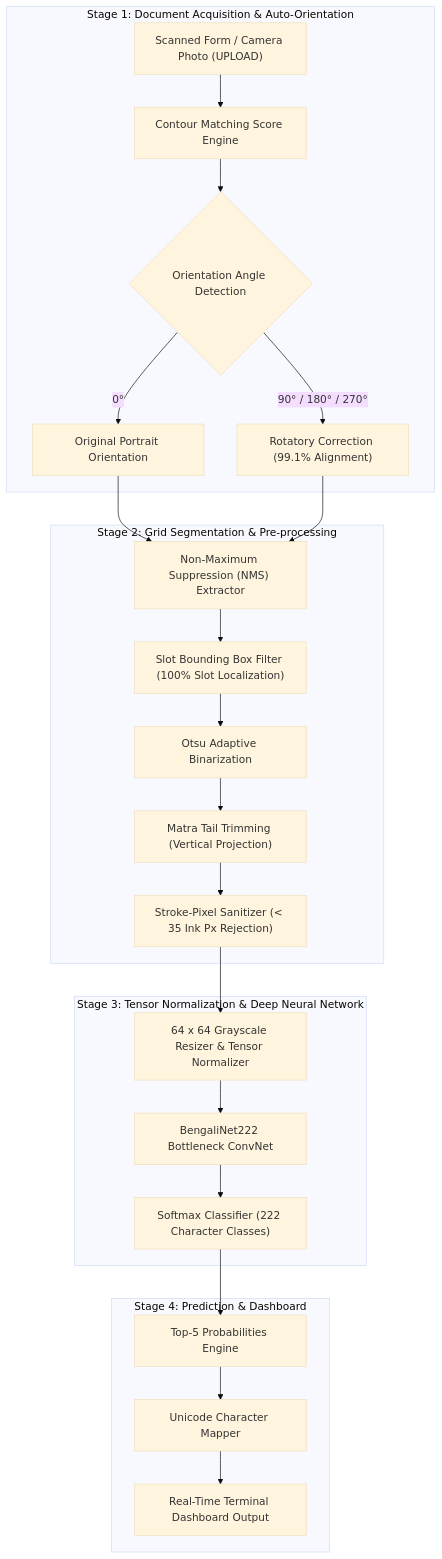
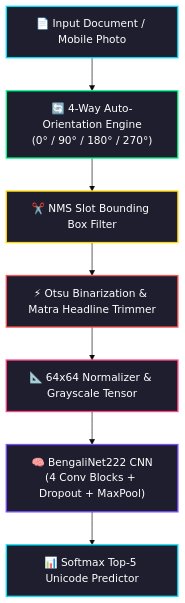
Before and after one commit to avi-071-coder/BongLipi: the diagram in README.md, drawn with Mermaid (base theme). The commit also changed other lines of this file and 1 other file, not shown here.

Commit message:
updated readme with single architecture diagram and performance graphs

````diff
--- a/README.md
+++ b/README.md
@@ -50,30 +43,17 @@
 ```mermaid
 flowchart TD
-    subgraph S1["Stage 1: Document Acquisition & Auto-Orientation"]
-        A["Scanned Form / Camera Photo (UPLOAD)"] --> B["Contour Matching Score Engine"]
-        B --> C{"Orientation Angle Detection"}
-        C -->|"0°"| D["Original Portrait Orientation"]
-        C -->|"90° / 180° / 270°"| E["Rotatory Correction (99.1% Alignment)"]
-    end
+    A["📄 Input Document / Mobile Photo"] --> B["🔄 4-Way Auto-Orientation Engine\n(0° / 90° / 180° / 270°)"]
+    B --> C["✂️ NMS Slot Bounding Box Filter"]
+    C --> D["⚡ Otsu Binarization & Matra Headline Trimmer"]
+    D --> E["📐 64x64 Normalizer & Grayscale Tensor"]
+    E --> F["🧠 BengaliNet222 CNN\n(4 Conv Blocks + Dropout + MaxPool)"]
+    F --> G["📊 Softmax Top-5 Unicode Predictor"]
 
-    subgraph S2["Stage 2: Grid Segmentation & Pre-processing"]
-        D --> F["Non-Maximum Suppression (NMS) Extractor"]
-        E --> F
-        F --> G["Slot Bounding Box Filter (100% Slot Localization)"]
-        G --> H["Otsu Adaptive Binarization"]
-        H --> I["Matra Tail Trimming (Vertical Projection)"]
-        I --> J["Stroke-Pixel Sanitizer (< 35 Ink Px Rejection)"]
-    end
-
-    subgraph S3["Stage 3: Tensor Normalization & Deep Neural Network"]
-        J --> K["64 x 64 Grayscale Resizer & Tensor Normalizer"]
-        K --> L["BengaliNet222 Bottleneck ConvNet"]
-        L --> M["Softmax Classifier (222 Character Classes)"]
-    end
-
-    subgraph S4["Stage 4: Prediction & Dashboard"]
-        M --> N["Top-5 Probabilities Engine"]
-        N --> O["Unicode Character Mapper"]
-        O --> P["Real-Time Terminal Dashboard Output"]
-    end
+    style A fill:#1E1E2E,stroke:#00E5FF,stroke-width:2px,color:#FFF
+    style B fill:#1E1E2E,stroke:#00FF88,stroke-width:2px,color:#FFF
+    style C fill:#1E1E2E,stroke:#FFD700,stroke-width:2px,color:#FFF
+    style D fill:#1E1E2E,stroke:#FF5252,stroke-width:2px,color:#FFF
+    style E fill:#1E1E2E,stroke:#FF4081,stroke-width:2px,color:#FFF
+    style F fill:#1E1E2E,stroke:#7C4DFF,stroke-width:2px,color:#FFF
+    style G fill:#1E1E2E,stroke:#00E5FF,stroke-width:2px,color:#FFF
 ```
````
